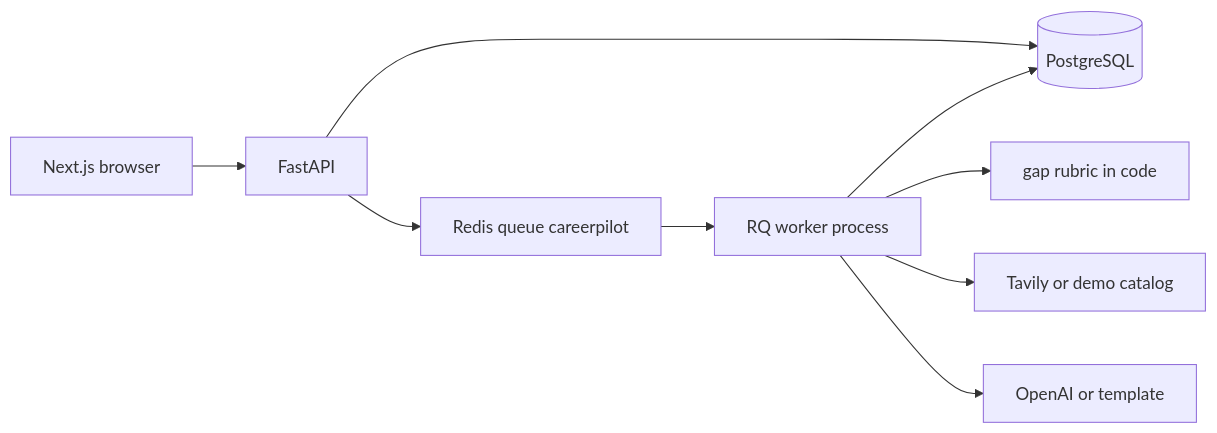
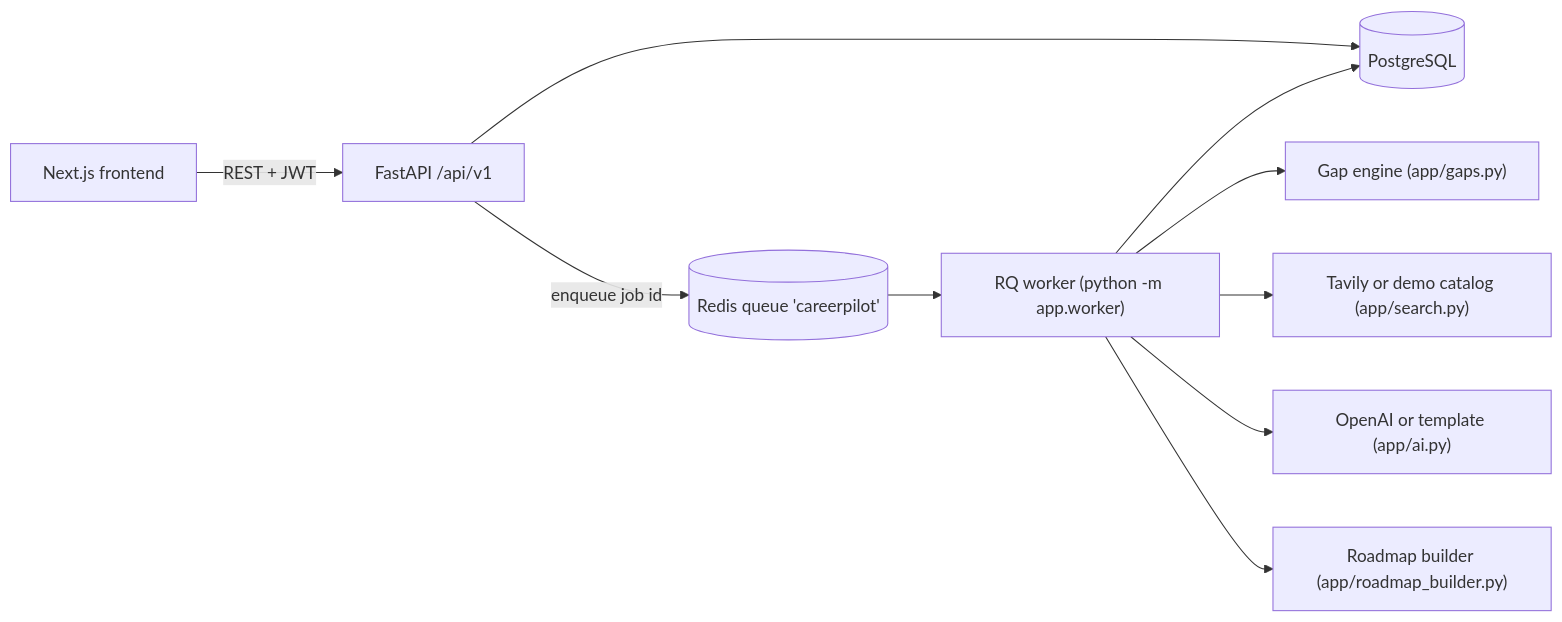
One commit to shafiqahmed-786/careerpilot-ai changed the diagram in docs/ARCHITECTURE.md. Above: the diagram before and after it, drawn with Mermaid. The commit also changed other lines of this file and 9 other files, not shown here.

````diff
--- a/docs/ARCHITECTURE.md
+++ b/docs/ARCHITECTURE.md
@@ -3,11 +3,12 @@
 ```mermaid
 flowchart LR
-  Browser[Next.js browser] --> API[FastAPI]
-  API --> PG[(PostgreSQL)]
-  API --> RQ[Redis queue careerpilot]
-  RQ --> Worker[RQ worker process]
+  Browser["Next.js frontend"] -->|"REST + JWT"| API["FastAPI /api/v1"]
+  API --> PG[("PostgreSQL")]
+  API -->|"enqueue job id"| Redis[("Redis queue 'careerpilot'")]
+  Redis --> Worker["RQ worker (python -m app.worker)"]
   Worker --> PG
-  Worker --> Rubric[gap rubric in code]
-  Worker --> Search[Tavily or demo catalog]
-  Worker --> Narrative[OpenAI or template]
+  Worker --> Gaps["Gap engine (app/gaps.py)"]
+  Worker --> Search["Tavily or demo catalog (app/search.py)"]
+  Worker --> LLM["OpenAI or template (app/ai.py)"]
+  Worker --> Road["Roadmap builder (app/roadmap_builder.py)"]
 ```
````
